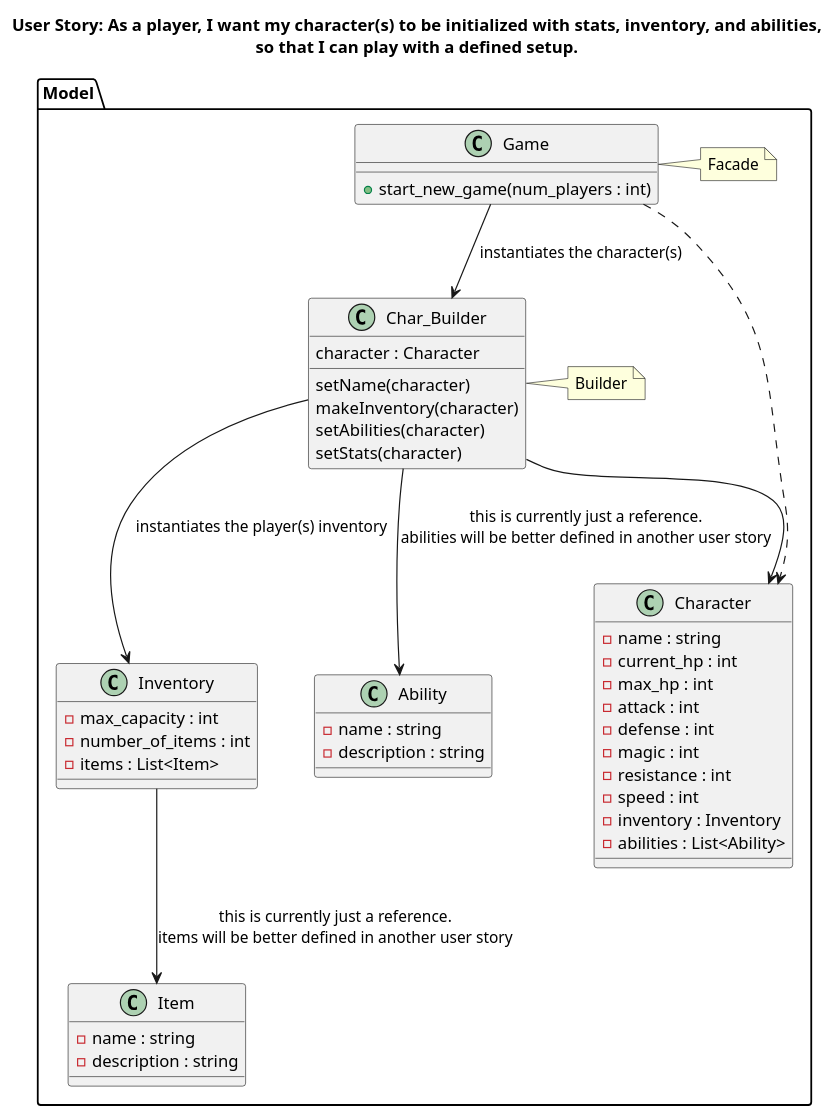
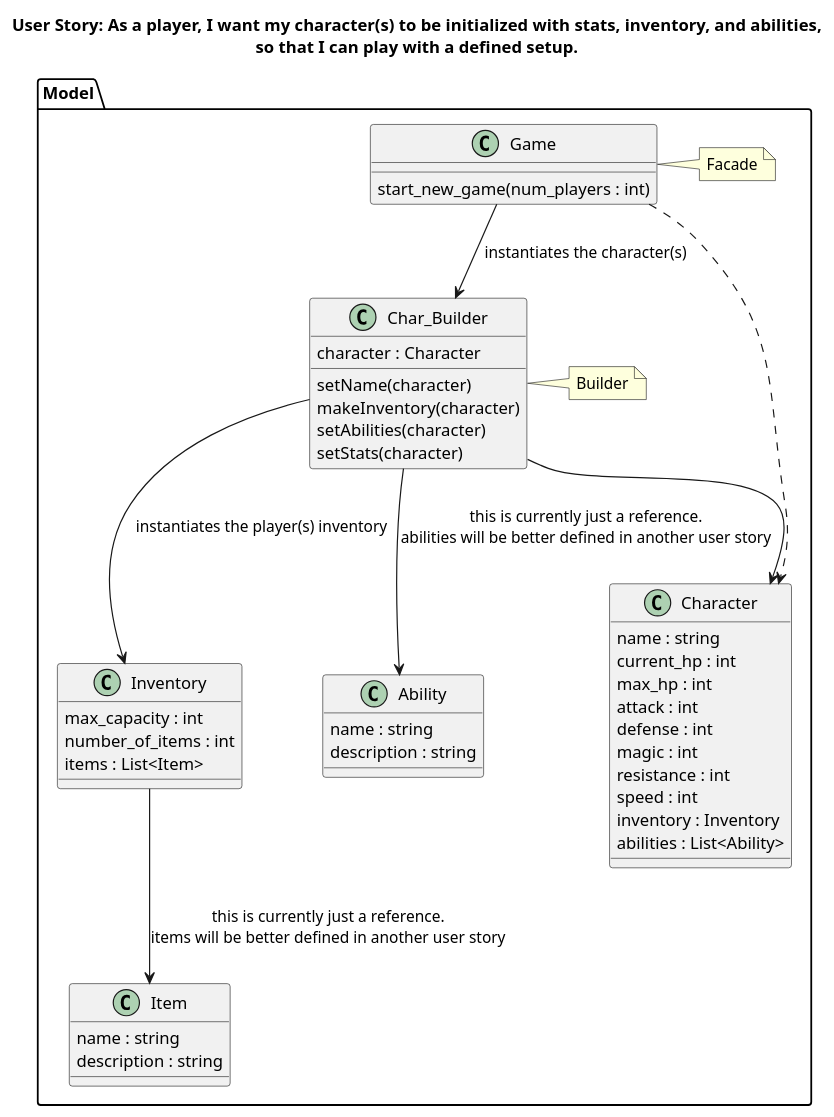
The diagram in design patterns/start_new_game/character.puml (FalconQty/Team8), drawn with PlantUML before and after one commit. The commit also changed 4 other files, not shown here.

```diff
--- a/design patterns/start_new_game/character.puml
+++ b/design patterns/start_new_game/character.puml
@@ -1,56 +1,56 @@
 @startuml
 
 title User Story: As a player, I want my character(s) to be initialized with stats, inventory, and abilities,\nso that I can play with a defined setup.
 
 package "Model" {
   class Game {
-    + start_new_game(num_players : int)
+    start_new_game(num_players : int)
   }
   note right : Facade
 
   class Char_Builder{
     character : Character
     setName(character)
     makeInventory(character)
     setAbilities(character)
     setStats(character)
   }
   note right : Builder
 
   class Character {
-    - name : string
-    - current_hp : int
-    - max_hp : int
-    - attack : int
-    - defense : int
-    - magic : int
-    - resistance : int
-    - speed : int
-    - inventory : Inventory
-    - abilities : List<Ability>
+    name : string
+    current_hp : int
+    max_hp : int
+    attack : int
+    defense : int
+    magic : int
+    resistance : int
+    speed : int
+    inventory : Inventory
+    abilities : List<Ability>
   }
 
   class Inventory {
-    - max_capacity : int
-    - number_of_items : int
-    - items : List<Item>
+    max_capacity : int
+    number_of_items : int
+    items : List<Item>
   }
 
   class Item{
-    - name : string
-    - description : string
+    name : string
+    description : string
   }
 
   class Ability {
-    - name : string
-    - description : string
+    name : string
+    description : string
   }
 }
 
 Game --> Char_Builder : " instantiates the character(s)"
 Char_Builder --> Character
 Char_Builder --> Inventory : " instantiates the player(s) inventory"
 Char_Builder --> Ability : " this is currently just a reference. \nabilities will be better defined in another user story"
 Inventory --> Item : " this is currently just a reference. \nitems will be better defined in another user story"
 Game ..> Character
 @enduml
```
